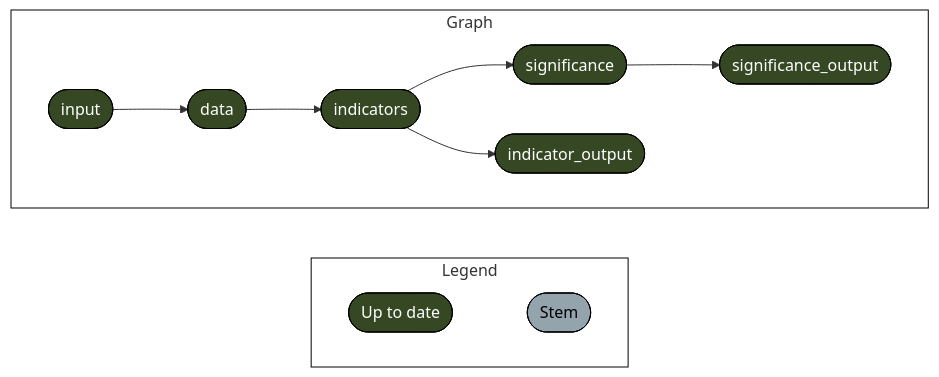
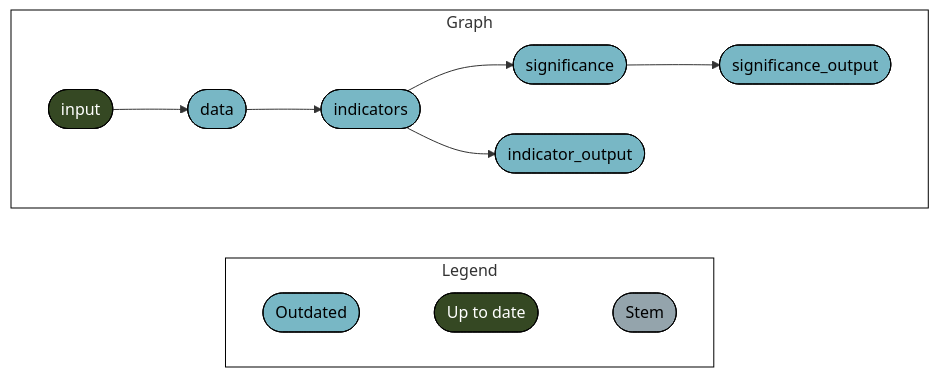
The diagram in README.md (mapme-initiative/disclosure-report), drawn with Mermaid before and after one commit. The commit also changed other lines of this file and 3 other files, not shown here.

````diff
--- a/README.md
+++ b/README.md
@@ -58,20 +58,23 @@
 ``` mermaid
 graph LR
   style Legend fill:#FFFFFF00,stroke:#000000;
   style Graph fill:#FFFFFF00,stroke:#000000;
   subgraph Legend
     direction LR
+    x2db1ec7a48f65a9b([""Outdated""]):::outdated --- xf1522833a4d242c5([""Up to date""]):::uptodate
     xf1522833a4d242c5([""Up to date""]):::uptodate --- xd03d7c7dd2ddda2b([""Stem""]):::none
   end
   subgraph Graph
     direction LR
-    xa538c4711b193115(["significance"]):::uptodate --> x21a9e021e2a8eb5c(["significance_output"]):::uptodate
-    x148bea66679381e8(["indicators"]):::uptodate --> xa538c4711b193115(["significance"]):::uptodate
-    x148bea66679381e8(["indicators"]):::uptodate --> xd7196846cd1935c0(["indicator_output"]):::uptodate
-    x9755545176a05140(["data"]):::uptodate --> x148bea66679381e8(["indicators"]):::uptodate
-    x2ee4157c3daee3b7(["input"]):::uptodate --> x9755545176a05140(["data"]):::uptodate
+    xa538c4711b193115(["significance"]):::outdated --> x21a9e021e2a8eb5c(["significance_output"]):::outdated
+    x148bea66679381e8(["indicators"]):::outdated --> xa538c4711b193115(["significance"]):::outdated
+    x148bea66679381e8(["indicators"]):::outdated --> xd7196846cd1935c0(["indicator_output"]):::outdated
+    x9755545176a05140(["data"]):::outdated --> x148bea66679381e8(["indicators"]):::outdated
+    x2ee4157c3daee3b7(["input"]):::uptodate --> x9755545176a05140(["data"]):::outdated
   end
+  classDef outdated stroke:#000000,color:#000000,fill:#78B7C5;
   classDef uptodate stroke:#000000,color:#ffffff,fill:#354823;
   classDef none stroke:#000000,color:#000000,fill:#94a4ac;
   linkStyle 0 stroke-width:0px;
+  linkStyle 1 stroke-width:0px;
 ```
````
